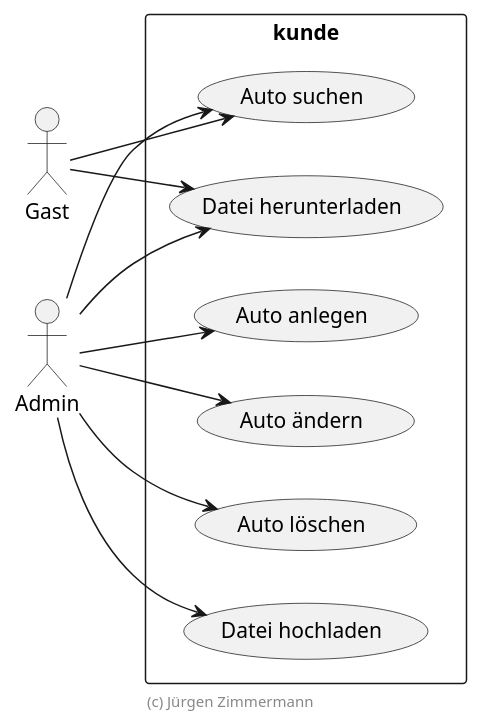
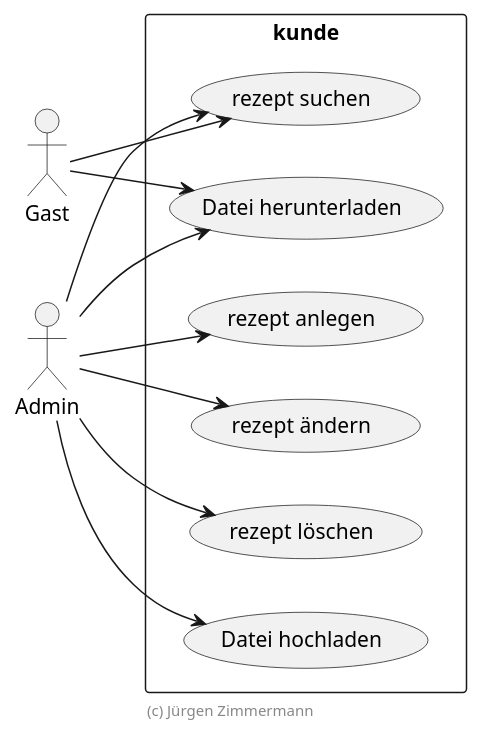
The diagram in doc/entwicklerhandbuch/use-cases.puml (FabianMik/Auto), drawn with PlantUML before and after one commit. The commit also changed 86 other files, not shown here.

```diff
--- a/doc/entwicklerhandbuch/use-cases.puml
+++ b/doc/entwicklerhandbuch/use-cases.puml
@@ -15,23 +15,23 @@
 @startuml Use Cases
 
 left to right direction
 skinparam packageStyle rect
 skinparam componentStyle uml2
 
 actor Gast
 actor Admin
 
 rectangle kunde {
-    Gast --> (Auto suchen)
+    Gast --> (rezept suchen)
     Gast --> (Datei herunterladen)
-    Admin --> (Auto suchen)
-    Admin --> (Auto anlegen)
-    Admin --> (Auto ändern)
-    Admin --> (Auto löschen)
+    Admin --> (rezept suchen)
+    Admin --> (rezept anlegen)
+    Admin --> (rezept ändern)
+    Admin --> (rezept löschen)
     Admin --> (Datei hochladen)
     Admin --> (Datei herunterladen)
 }
 
 footer (c) Jürgen Zimmermann
 
 @enduml
```
